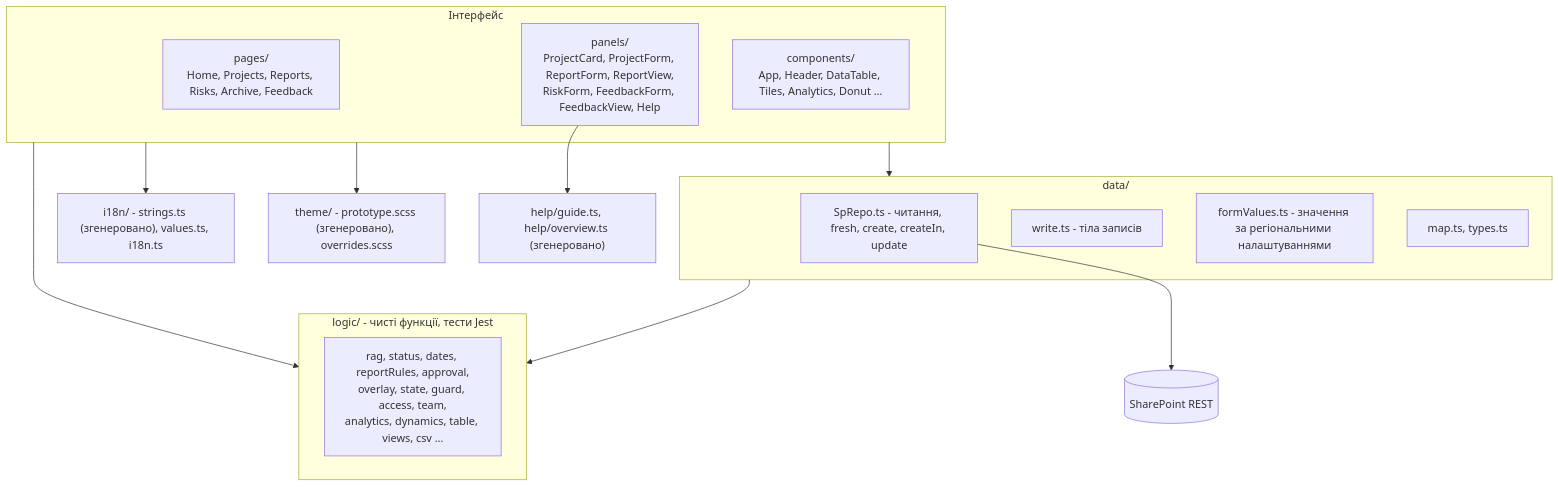
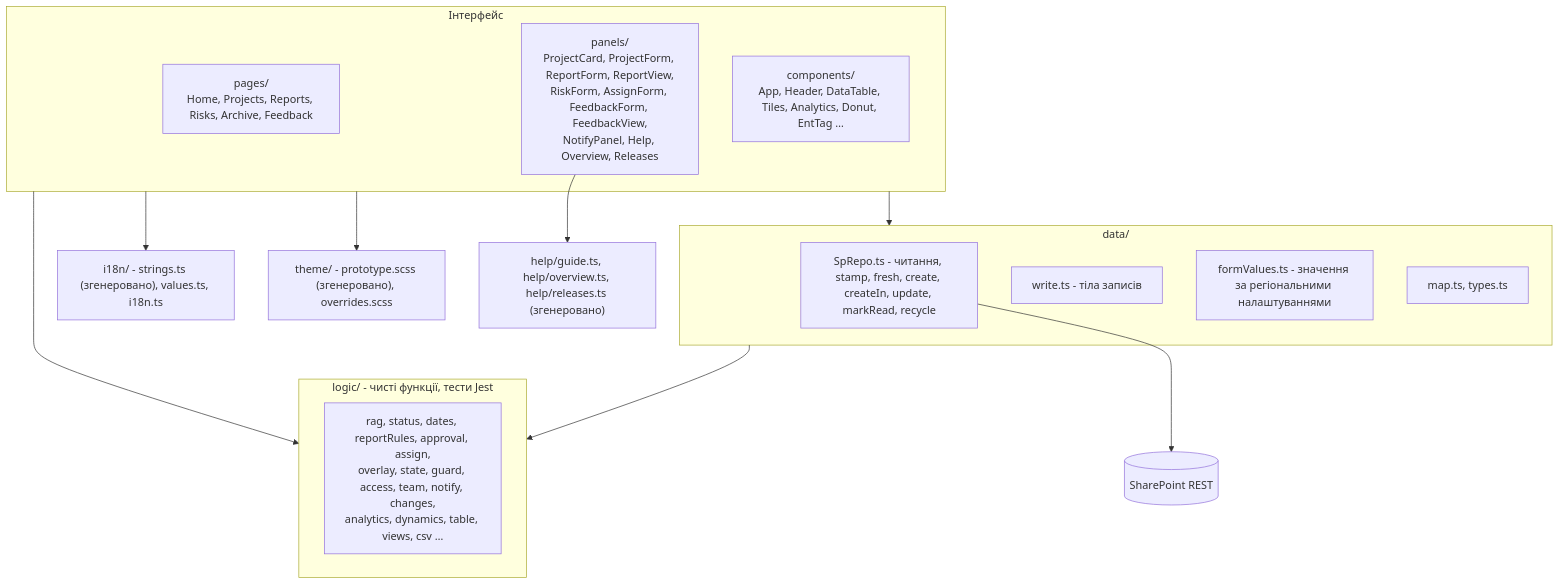
One commit to Acidsly/pmo-portal changed diagram 13 of 15 in docs/ARCHITECTURE.md. Above: the diagram before and after it, drawn with Mermaid. The commit also changed other lines of this file and 15 other files, not shown here.

Commit message:
Документация сверена с кодом: README, ARCHITECTURE (схемы), DATA-MODEL, SPEC, PROTOTYPE, DEPLOYMENT, команды, CLAUDE.md, spfx/README; «Усі призначення» по всем папкам; подсказка свежести 9–14

````diff
--- a/docs/ARCHITECTURE.md
+++ b/docs/ARCHITECTURE.md
@@ -391,28 +391,28 @@
 ```mermaid
 flowchart TD
     subgraph UI["Інтерфейс"]
         PG["pages/<br/>Home, Projects, Reports, Risks, Archive, Feedback"]
-        PN["panels/<br/>ProjectCard, ProjectForm, ReportForm, ReportView,<br/>RiskForm, FeedbackForm, FeedbackView, Help"]
-        CM["components/<br/>App, Header, DataTable, Tiles, Analytics, Donut …"]
+        PN["panels/<br/>ProjectCard, ProjectForm, ReportForm, ReportView,<br/>RiskForm, AssignForm, FeedbackForm, FeedbackView,<br/>NotifyPanel, Help, Overview, Releases"]
+        CM["components/<br/>App, Header, DataTable, Tiles, Analytics, Donut, EntTag …"]
     end
     subgraph LG["logic/ - чисті функції, тести Jest"]
-        RL["rag, status, dates, reportRules, approval,<br/>overlay, state, guard, access, team,<br/>analytics, dynamics, table, views, csv …"]
+        RL["rag, status, dates, reportRules, approval, assign,<br/>overlay, state, guard, access, team, notify, changes,<br/>analytics, dynamics, table, views, csv …"]
     end
     subgraph DT["data/"]
-        REPO["SpRepo.ts - читання, fresh, create, createIn, update"]
+        REPO["SpRepo.ts - читання, stamp, fresh, create, createIn, update, markRead, recycle"]
         WR["write.ts - тіла записів"]
         FV["formValues.ts - значення за регіональними налаштуваннями"]
         MP["map.ts, types.ts"]
     end
     I18N["i18n/ - strings.ts (згенеровано), values.ts, i18n.ts"]
     TH["theme/ - prototype.scss (згенеровано), overrides.scss"]
-    HLP["help/guide.ts, help/overview.ts (згенеровано)"]
+    HLP["help/guide.ts, help/overview.ts, help/releases.ts (згенеровано)"]
     SP[("SharePoint REST")]
     UI --> LG
     UI --> DT
     UI --> I18N
     UI --> TH
     PN --> HLP
     DT --> LG
     REPO --> SP
 ```
````
